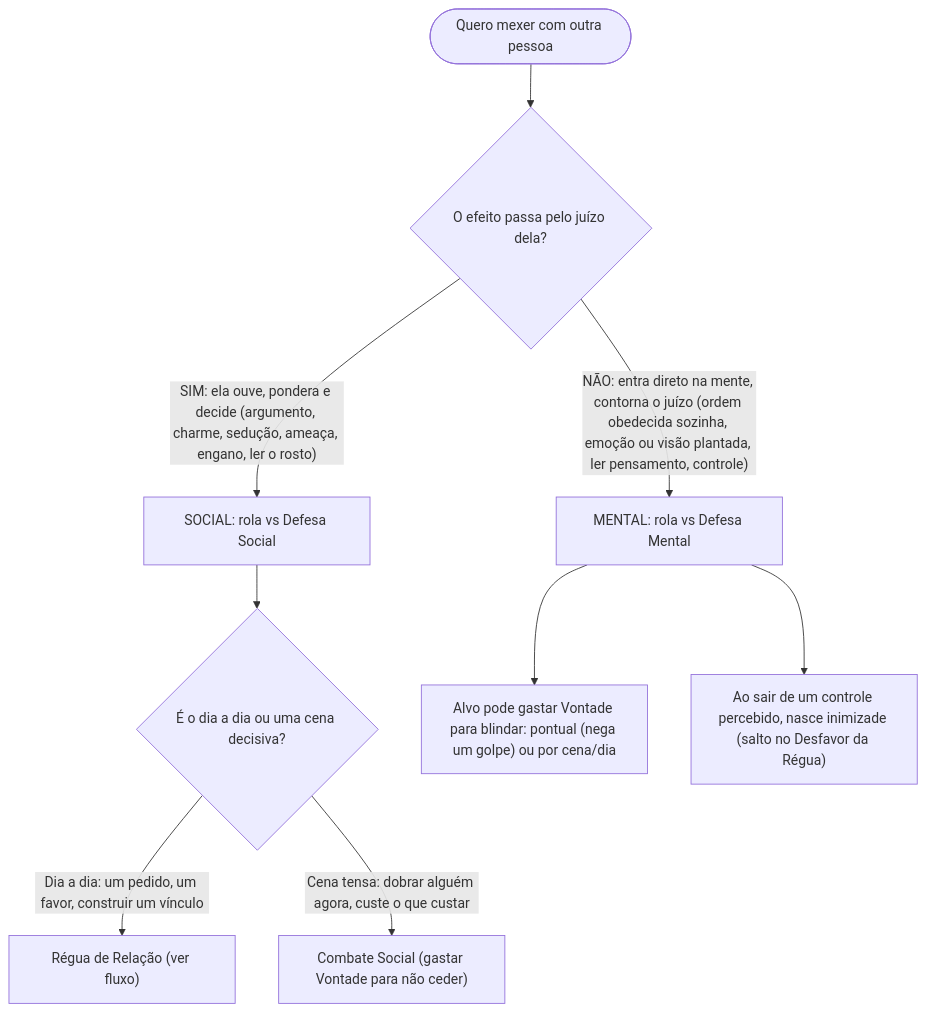
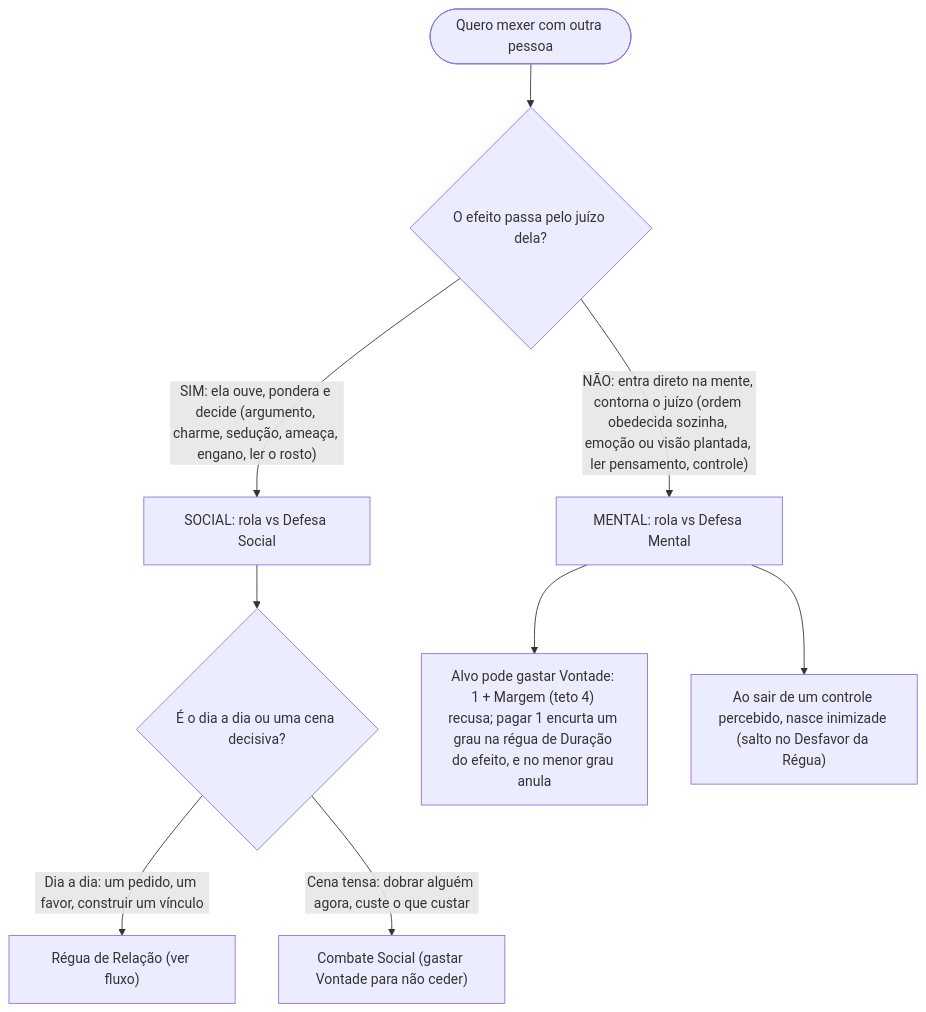
Before and after one commit to f-neves/centelha-rpg: the second of 6 diagrams in src/content/chapters/qual-sistema.md, drawn with Mermaid. The commit also changed other lines of this file and 2 other files, not shown here.

Commit message:
Rodada de pendencias: os dois CORRIGE da revisao 126
(A) qual-sistema.md:43 (no do diagrama) e :119 (folha) ainda davam a
regra velha de blindar a mente ("pontual ou por cena/dia"). Passam a regra
atual (D-001/D-014): 1 + Margem de Vontade (teto 4) recusa; pagar 1 encurta
um grau na regua de Duracao do proprio efeito, e no menor grau anula. SVG
regerado so para o diagrama editado. O relato corrige a frase de que nao
havia outro lugar.
(D) A lista do Bloco D no relato ganha arcano.astro:63 (o magus de
Centelha minima), sem mexer no texto.

Para quem joga hoje: muda o texto e o diagrama de "Qual sistema usar"
sobre resistir a efeito mental, agora igual ao capitulo Defesas. Nenhuma
migracao.

````diff
--- a/src/content/chapters/qual-sistema.md
+++ b/src/content/chapters/qual-sistema.md
@@ -35,11 +35,11 @@
 ```mermaid
 flowchart TD
   A(["Quero mexer com outra pessoa"]) --> B{"O efeito passa pelo juízo dela?"}
   B -->|"SIM: ela ouve, pondera e decide (argumento, charme, sedução, ameaça, engano, ler o rosto)"| S["SOCIAL: rola vs Defesa Social"]
   B -->|"NÃO: entra direto na mente, contorna o juízo (ordem obedecida sozinha, emoção ou visão plantada, ler pensamento, controle)"| M["MENTAL: rola vs Defesa Mental"]
   S --> S2{"É o dia a dia ou uma cena decisiva?"}
   S2 -->|"Dia a dia: um pedido, um favor, construir um vínculo"| Regua["Régua de Relação (ver fluxo)"]
   S2 -->|"Cena tensa: dobrar alguém agora, custe o que custar"| CS["Combate Social (gastar Vontade para não ceder)"]
-  M --> M2["Alvo pode gastar Vontade para blindar: pontual (nega um golpe) ou por cena/dia"]
+  M --> M2["Alvo pode gastar Vontade: 1 + Margem (teto 4) recusa; pagar 1 encurta um grau na régua de Duração do efeito, e no menor grau anula"]
   M --> M3["Ao sair de um controle percebido, nasce inimizade (salto no Desfavor da Régua)"]
 ```
````
